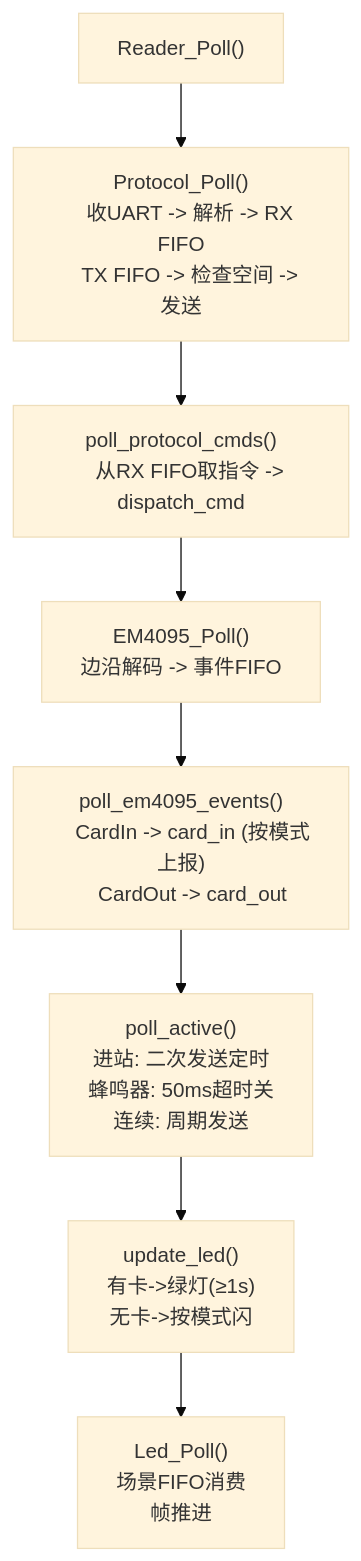
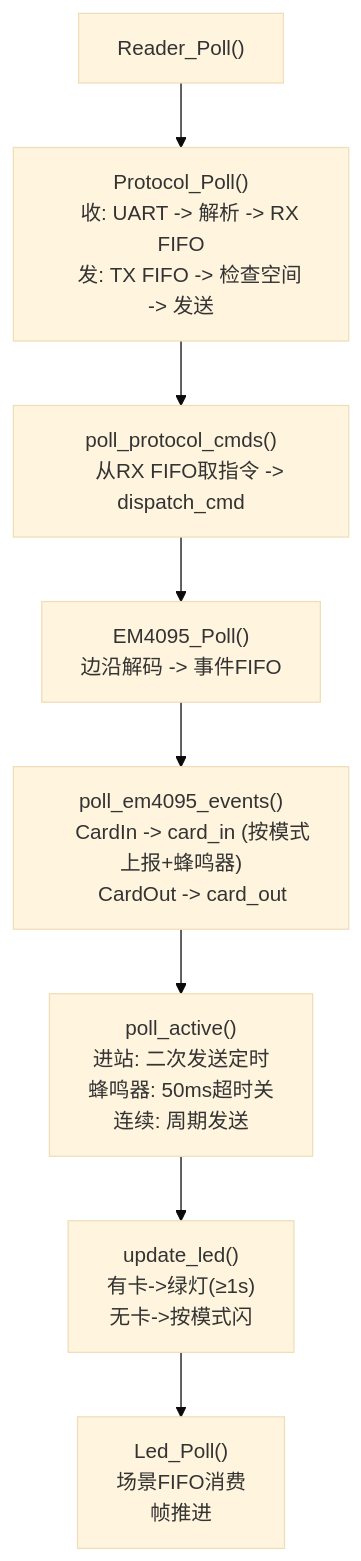
The eighth of 9 diagrams in 工作/[[SR3读卡器]]/260804SR3框架整理.md (Siaiai/ObsidianNote), drawn with Mermaid (base theme) before and after one commit. The commit also changed other lines of this file, not shown here.

````diff
--- a/工作/[[SR3读卡器]]/260804SR3框架整理.md
+++ b/工作/[[SR3读卡器]]/260804SR3框架整理.md
@@ -433,39 +481,39 @@
 ```mermaid
 flowchart TB
     POLL["Reader_Poll()"]
 
     P1["Protocol_Poll()
-    收UART -> 解析 -> RX FIFO
-    TX FIFO -> 检查空间 -> 发送"]
+    收: UART -> 解析 -> RX FIFO
+    发: TX FIFO -> 检查空间 -> 发送"]
 
     P2["poll_protocol_cmds()
     从RX FIFO取指令 -> dispatch_cmd"]
 
     P3["EM4095_Poll()
     边沿解码 -> 事件FIFO"]
 
     P4["poll_em4095_events()
-    CardIn -> card_in (按模式上报)
+    CardIn -> card_in (按模式上报+蜂鸣器)
     CardOut -> card_out"]
 
     P5["poll_active()
     进站: 二次发送定时
     蜂鸣器: 50ms超时关
     连续: 周期发送"]
 
     P6["update_led()
     有卡->绿灯(≥1s)
     无卡->按模式闪"]
 
     P7["Led_Poll()
     场景FIFO消费
     帧推进"]
 
     POLL --> P1
     P1 --> P2
     P2 --> P3
     P3 --> P4
     P4 --> P5
     P5 --> P6
     P6 --> P7
 ```
````
